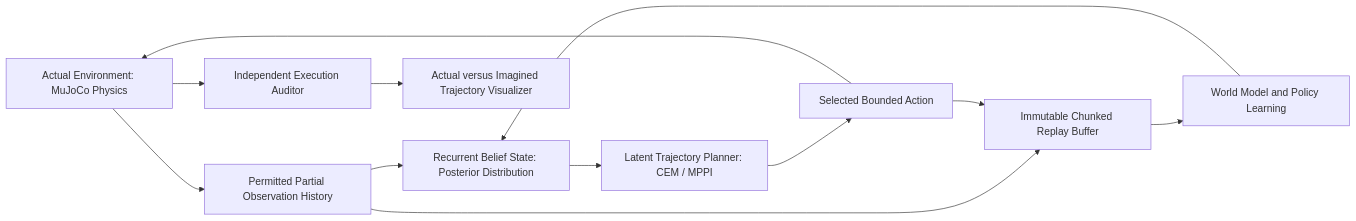
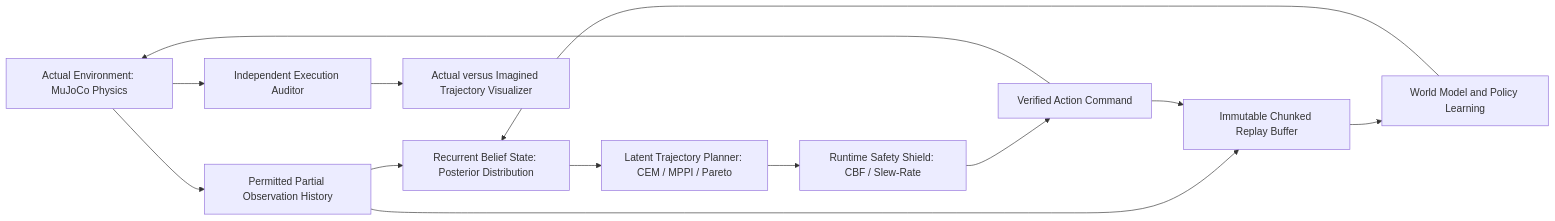
The diagram in README.md (Aneesh495/kinesis), drawn with Mermaid before and after one commit. The commit also changed other lines of this file, not shown here.

Commit message:
docs: expand README with complete system architecture, ADR catalog, and quickstart

````diff
--- a/README.md
+++ b/README.md
@@ -15,14 +15,15 @@
 ```mermaid
 flowchart LR
     ENV[Actual Environment: MuJoCo Physics] --> OBS[Permitted Partial Observation History]
     OBS --> BELIEF[Recurrent Belief State: Posterior Distribution]
-    BELIEF --> PLAN[Latent Trajectory Planner: CEM / MPPI]
-    PLAN --> ACT[Selected Bounded Action]
+    BELIEF --> PLAN[Latent Trajectory Planner: CEM / MPPI / Pareto]
+    PLAN --> SHIELD[Runtime Safety Shield: CBF / Slew-Rate]
+    SHIELD --> ACT[Verified Action Command]
     ACT --> ENV
     OBS --> REPLAY[Immutable Chunked Replay Buffer]
     ACT --> REPLAY
     REPLAY --> TRAIN[World Model and Policy Learning]
     TRAIN --> BELIEF
     ENV --> CHECK[Independent Execution Auditor]
     CHECK --> VIEW[Actual versus Imagined Trajectory Visualizer]
 ```
````
